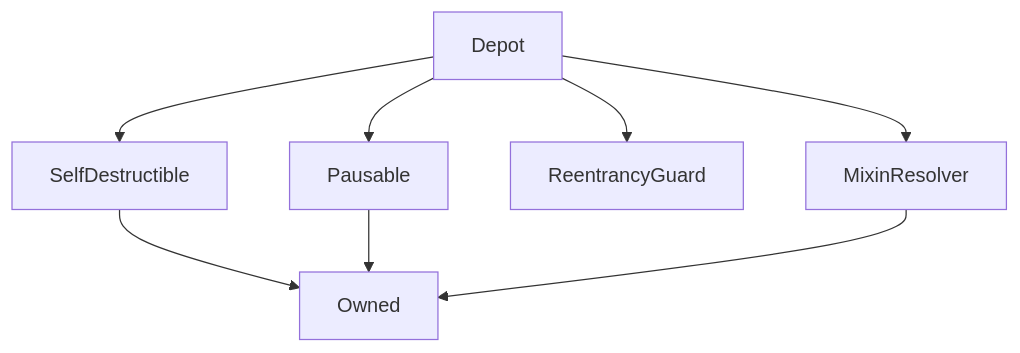
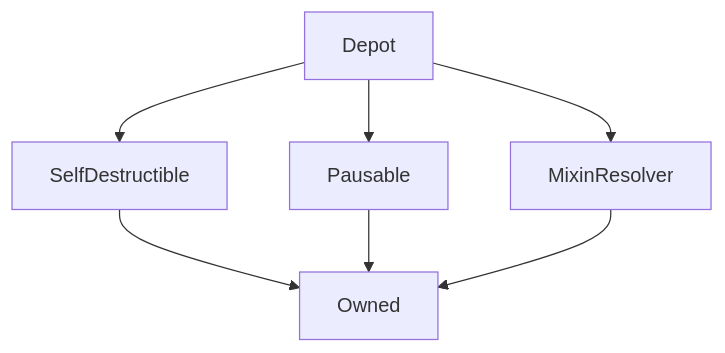
One commit to Synthetixio/synthetix-docs changed the diagram in content/contracts/Depot.md. Above: the diagram before and after it, drawn with Mermaid. The commit also changed other lines of this file and 23 other files, not shown here.

````diff
--- a/content/contracts/Depot.md
+++ b/content/contracts/Depot.md
@@ -26,10 +26,9 @@
 ```mermaid
 graph TD
     Depot[Depot] --> SelfDestructible[SelfDestructible]
     Depot[Depot] --> Pausable[Pausable]
-    Depot[Depot] --> ReentrancyGuard[ReentrancyGuard]
     Depot[Depot] --> MixinResolver[MixinResolver]
     SelfDestructible[SelfDestructible] --> Owned[Owned]
     Pausable[Pausable] --> Owned[Owned]
     MixinResolver[MixinResolver] --> Owned[Owned]
 ```
````
